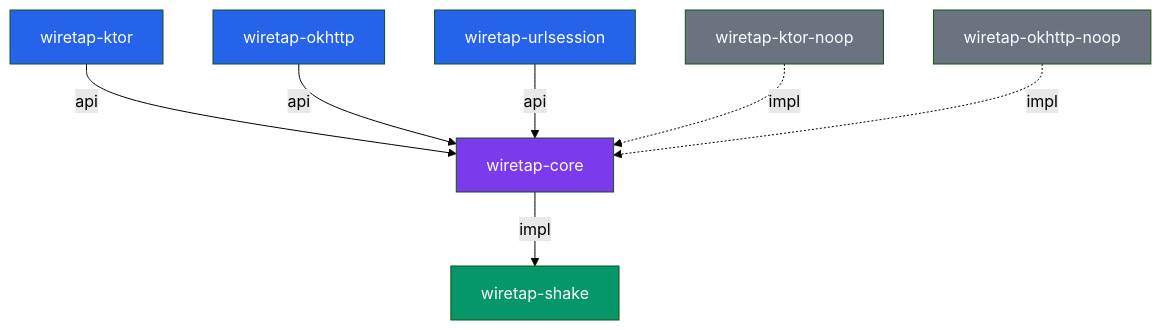
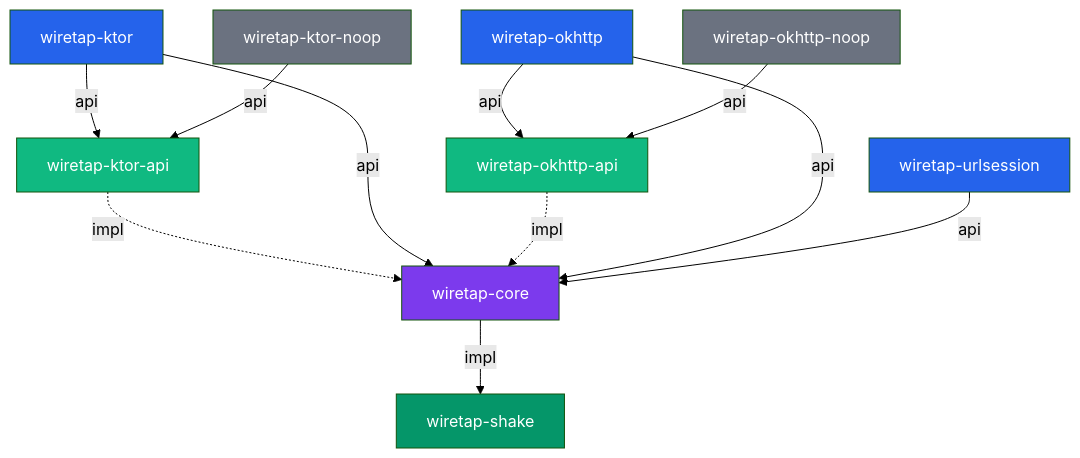
One commit to skymansandy/wiretapKMP changed the diagram in docs/architecture/modules.md. Above: the diagram before and after it, drawn with Mermaid (forest theme). The commit also changed other lines of this file and 55 other files, not shown here.

````diff
--- a/docs/architecture/modules.md
+++ b/docs/architecture/modules.md
@@ -101,25 +136,33 @@
 ```mermaid
 graph TD
     core["wiretap-core"]
+    ktor_api["wiretap-ktor-api"]
     ktor["wiretap-ktor"]
+    okhttp_api["wiretap-okhttp-api"]
     okhttp["wiretap-okhttp"]
     urlsession["wiretap-urlsession"]
     ktor_noop["wiretap-ktor-noop"]
     okhttp_noop["wiretap-okhttp-noop"]
     shake["wiretap-shake"]
 
+    ktor_api -.->|impl| core
+    ktor -->|api| ktor_api
     ktor -->|api| core
+    okhttp_api -.->|impl| core
+    okhttp -->|api| okhttp_api
     okhttp -->|api| core
     urlsession -->|api| core
     core -->|impl| shake
-    ktor_noop -.->|impl| core
-    okhttp_noop -.->|impl| core
+    ktor_noop -->|api| ktor_api
+    okhttp_noop -->|api| okhttp_api
 
     style core fill:#7c3aed,color:#fff
+    style ktor_api fill:#10b981,color:#fff
     style ktor fill:#2563eb,color:#fff
+    style okhttp_api fill:#10b981,color:#fff
     style okhttp fill:#2563eb,color:#fff
     style urlsession fill:#2563eb,color:#fff
     style ktor_noop fill:#6b7280,color:#fff
     style okhttp_noop fill:#6b7280,color:#fff
     style shake fill:#059669,color:#fff
 ```
````
